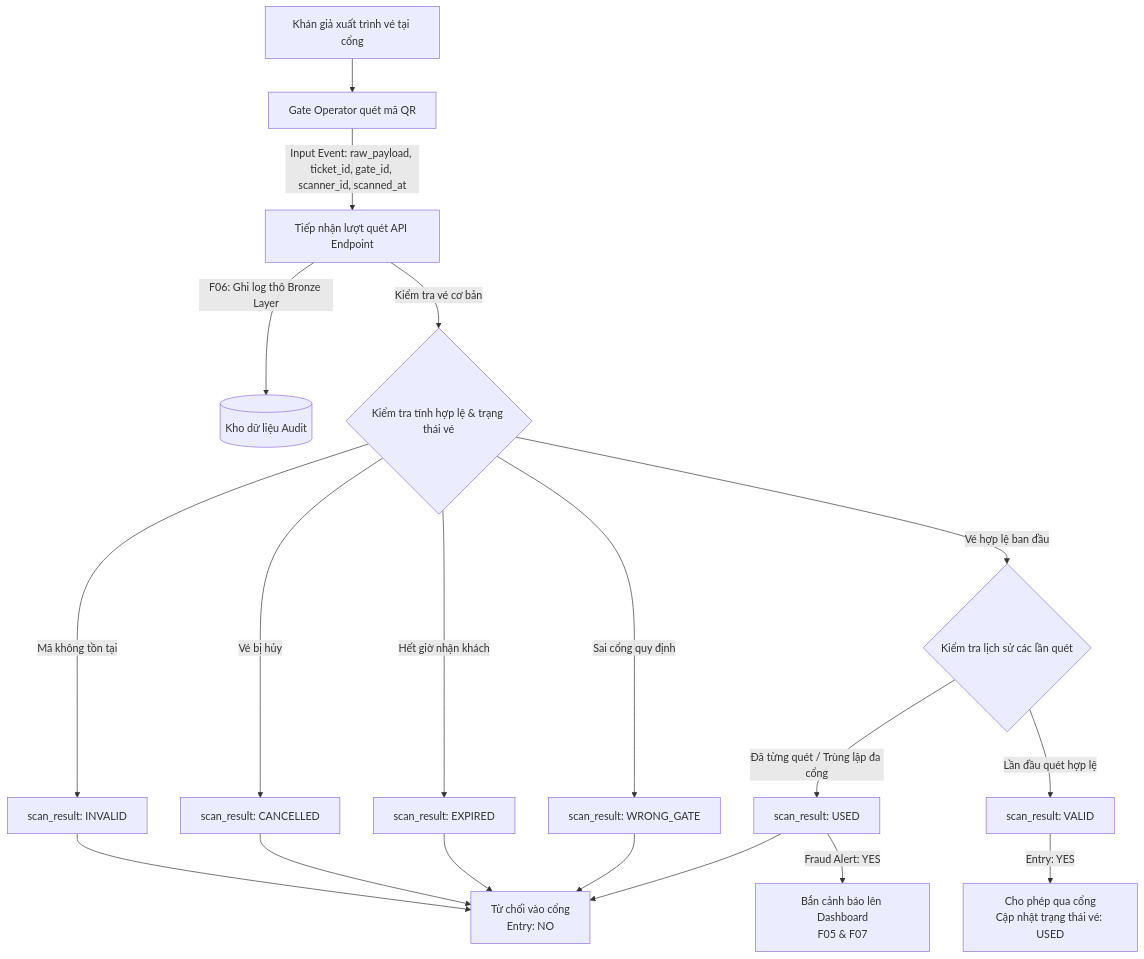
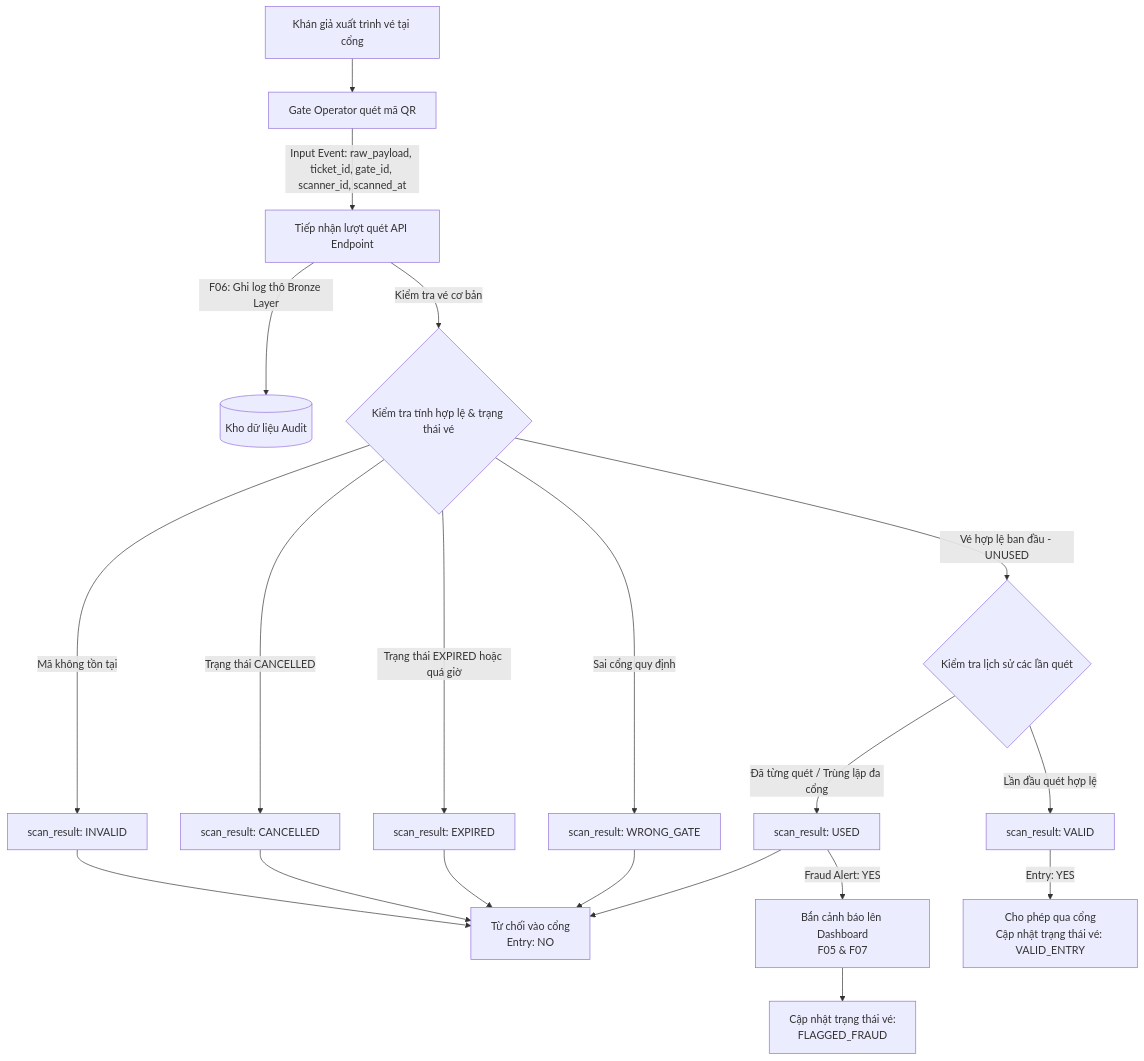
One commit to nhantranduynhan11-del/Near-Real-Time-Event-Ticket-Validation-Fraud-Detection-System changed the diagram in Requirements/04_mvp.md. Above: the diagram before and after it, drawn with Mermaid. The commit also changed other lines of this file, not shown here.

````diff
--- a/Requirements/04_mvp.md
+++ b/Requirements/04_mvp.md
@@ -24,28 +25,29 @@
 ```mermaid
 flowchart TD
     A[Khán giả xuất trình vé tại cổng] --> B[Gate Operator quét mã QR]
     B -->|Input Event: raw_payload, ticket_id, gate_id, scanner_id, scanned_at| C[Tiếp nhận lượt quét API Endpoint]
     
     C -->|F06: Ghi log thô Bronze Layer| D[(Kho dữ liệu Audit)]
     C -->|Kiểm tra vé cơ bản| E{Kiểm tra tính hợp lệ & trạng thái vé}
     
     E -->|Mã không tồn tại| F1[scan_result: INVALID]
-    E -->|Vé bị hủy| F2[scan_result: CANCELLED]
-    E -->|Hết giờ nhận khách| F3[scan_result: EXPIRED]
+    E -->|Trạng thái CANCELLED| F2[scan_result: CANCELLED]
+    E -->|Trạng thái EXPIRED hoặc quá giờ| F3[scan_result: EXPIRED]
     E -->|Sai cổng quy định| F4[scan_result: WRONG_GATE]
     
     F1 --> H1[Từ chối vào cổng<br>Entry: NO]
     F2 --> H1
     F3 --> H1
     F4 --> H1
     
-    E -->|Vé hợp lệ ban đầu| G{Kiểm tra lịch sử các lần quét}
+    E -->|Vé hợp lệ ban đầu - UNUSED| G{Kiểm tra lịch sử các lần quét}
     
     G -->|Đã từng quét / Trùng lặp đa cổng| I1[scan_result: USED]
     G -->|Lần đầu quét hợp lệ| I2[scan_result: VALID]
     
     I1 --> H1
     I1 -->|Fraud Alert: YES| J1[Bắn cảnh báo lên Dashboard<br>F05 & F07]
+    J1 --> K1[Cập nhật trạng thái vé:<br>FLAGGED_FRAUD]
     
-    I2 -->|Entry: YES| J2[Cho phép qua cổng<br>Cập nhật trạng thái vé: USED]
+    I2 -->|Entry: YES| J2[Cho phép qua cổng<br>Cập nhật trạng thái vé: VALID_ENTRY]
 ```
````
